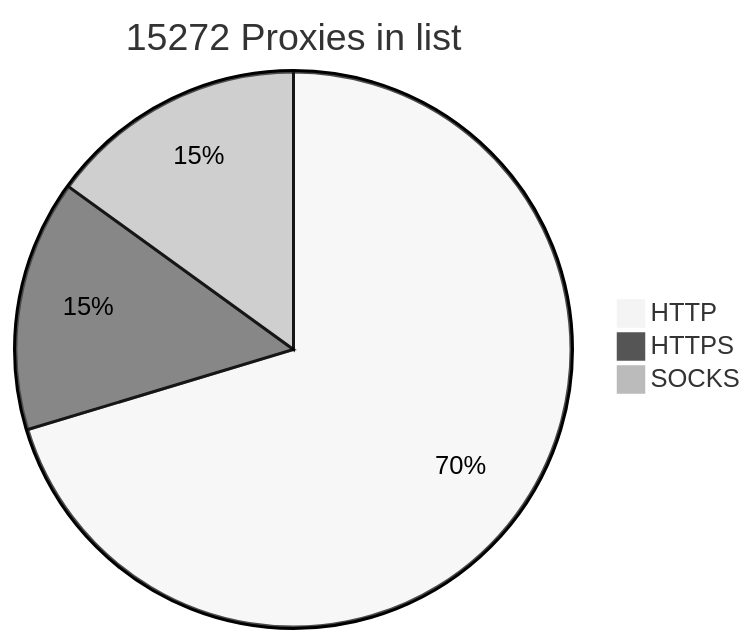
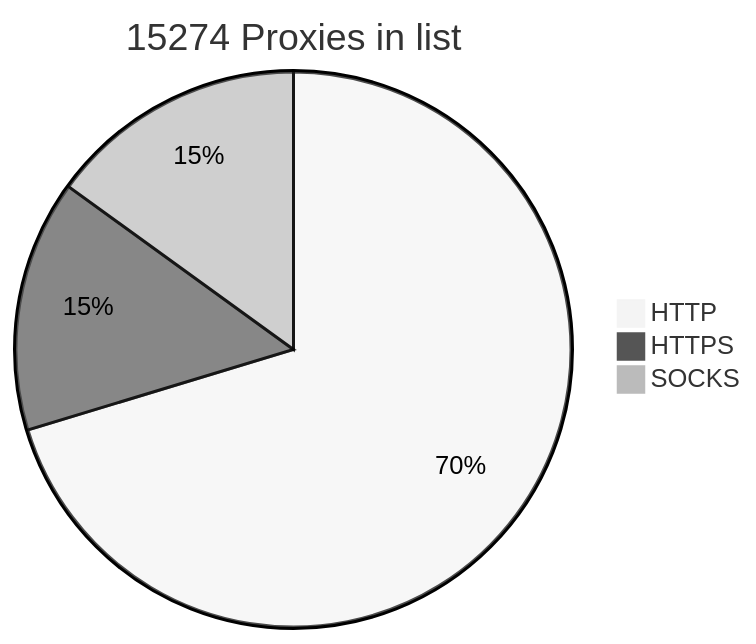
One commit to BlackSnowDot/proxylist-update-every-minute changed the diagram in README.md. Above: the diagram before and after it, drawn with Mermaid (neutral theme).

````diff
--- a/README.md
+++ b/README.md
@@ -2,6 +2,6 @@
 ```mermaid
-pie title 15272 Proxies in list
-    "HTTP" : 11248
-    "HTTPS": 2339
+pie title 15274 Proxies in list
+    "HTTP" : 11245
+    "HTTPS": 2343
     "SOCKS" : 2403
 ```
````
